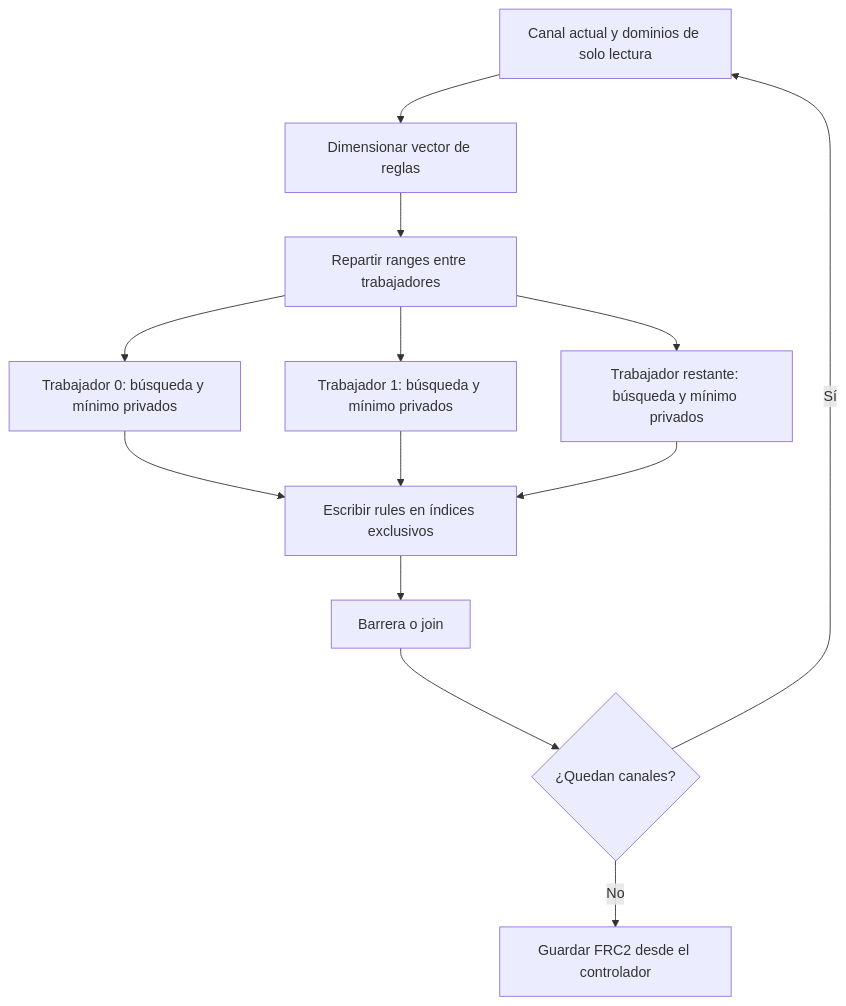
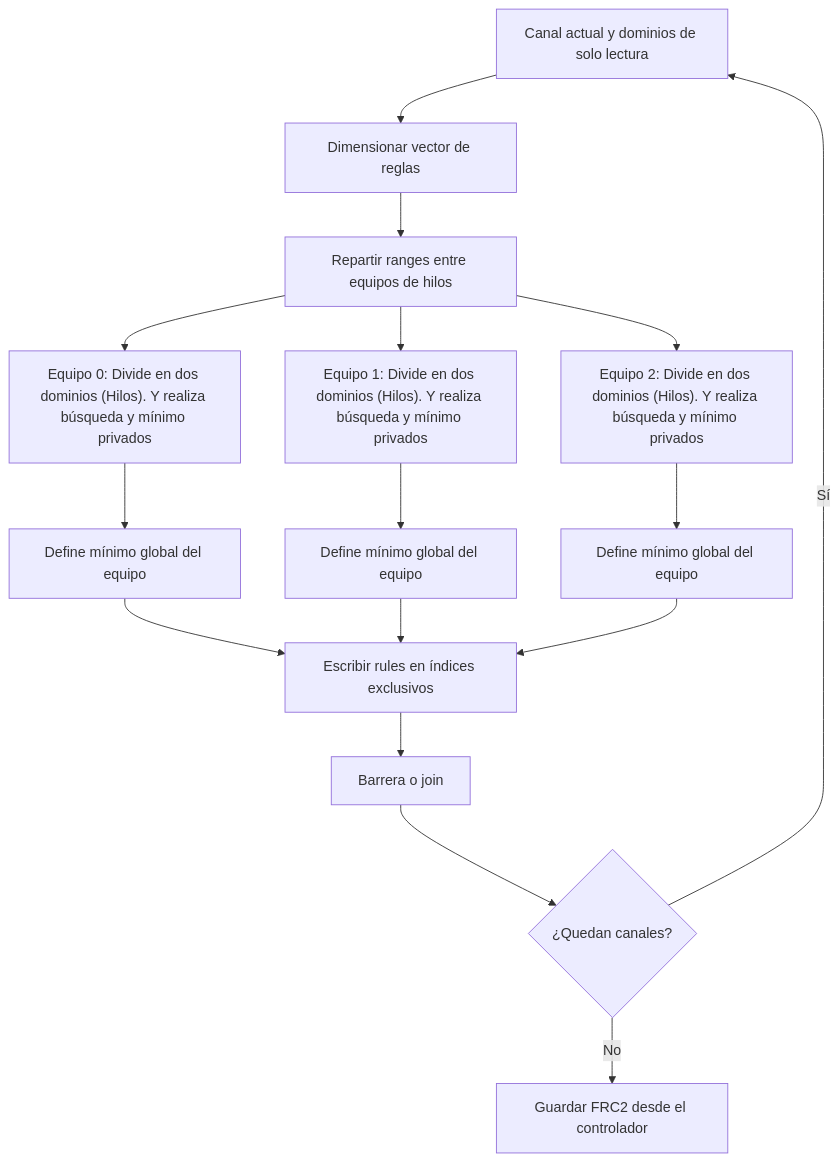
Before and after one commit to MauNav04/mnavarro_ymonge_echavarria_ffuchs_a2_2026_s2: the second of 2 diagrams in proyecto1/problems/mnavarro/fractal-cpp/README.md, drawn with Mermaid. The commit also changed other lines of this file and 10 other files, not shown here.

````diff
--- a/proyecto1/problems/mnavarro/fractal-cpp/README.md
+++ b/proyecto1/problems/mnavarro/fractal-cpp/README.md
@@ -84,15 +89,18 @@
 ```mermaid
 flowchart TD
     A["Canal actual y dominios de solo lectura"] --> B["Dimensionar vector de reglas"]
-    B --> C["Repartir ranges entre trabajadores"]
-    C --> D["Trabajador 0: búsqueda y mínimo privados"]
-    C --> E["Trabajador 1: búsqueda y mínimo privados"]
-    C --> F["Trabajador restante: búsqueda y mínimo privados"]
-    D --> G["Escribir rules en índices exclusivos"]
-    E --> G
-    F --> G
-    G --> H["Barrera o join"]
-    H --> I{"¿Quedan canales?"}
-    I -->|Sí| A
-    I -->|No| J["Guardar FRC2 desde el controlador"]
+    B --> C["Repartir ranges entre equipos de hilos"]
+    C --> D["Equipo 0: Divide en dos dominios (Hilos). Y realiza búsqueda y mínimo privados"]
+    C --> E["Equipo 1: Divide en dos dominios (Hilos). Y realiza búsqueda y mínimo privados"]
+    C --> F["Equipo 2: Divide en dos dominios (Hilos). Y realiza búsqueda y mínimo privados"]
+    D --> G["Define mínimo global del equipo"]
+    E --> H["Define mínimo global del equipo"]
+    F --> I["Define mínimo global del equipo"]
+    G --> J["Escribir rules en índices exclusivos"]
+    H --> J
+    I --> J
+    J --> K["Barrera o join"]
+    K --> L{"¿Quedan canales?"}
+    L -->|Sí| A
+    L -->|No| M["Guardar FRC2 desde el controlador"]
 ```
````
